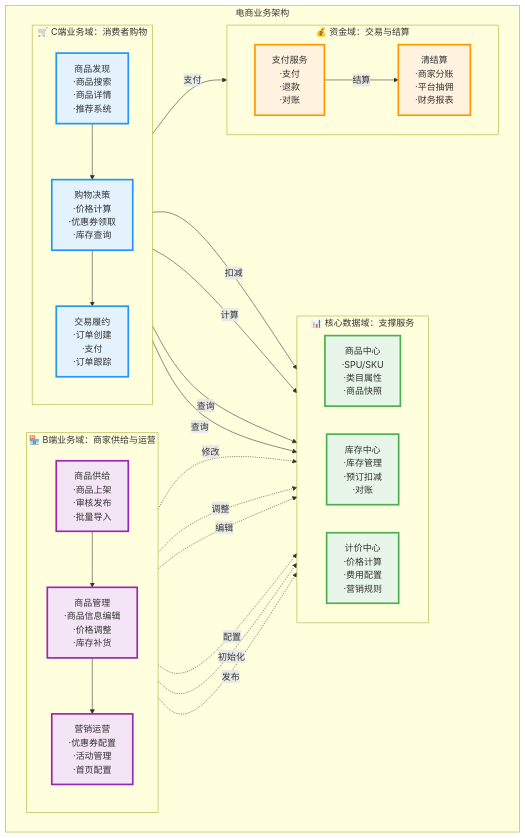
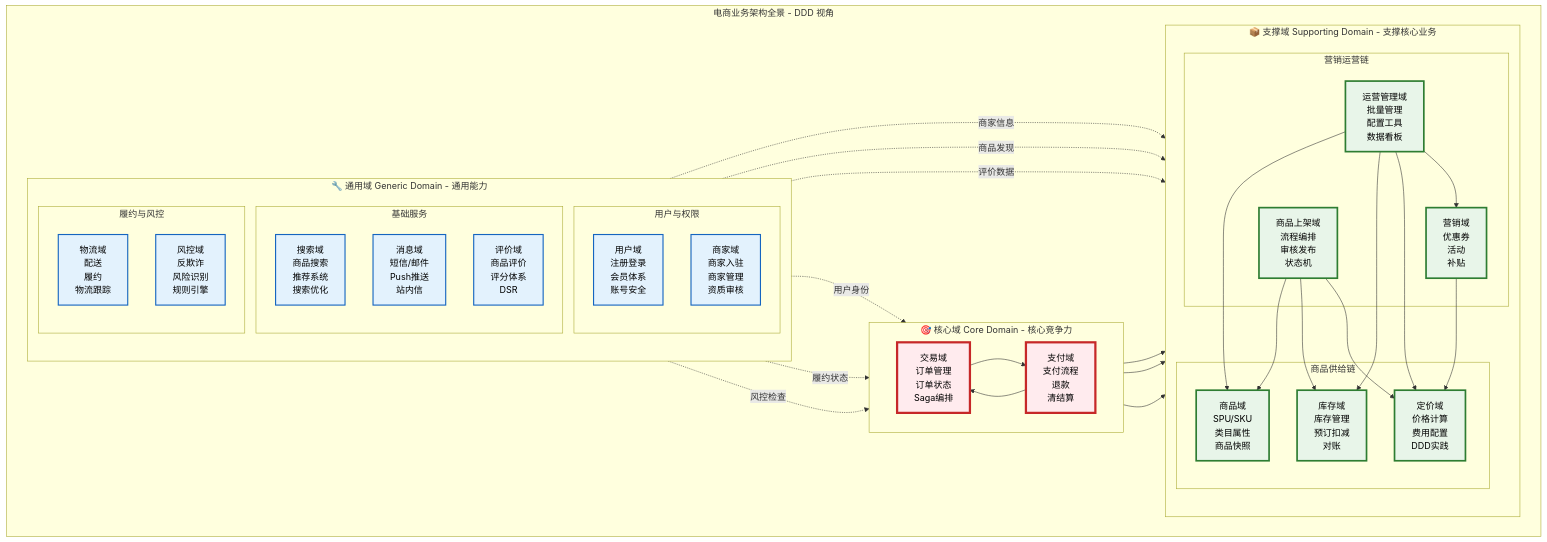
The first of 6 diagrams in source/_posts/system-design/20-ecommerce-overview.md (wxquare/wxquare.github.io), drawn with Mermaid before and after one commit. The commit also changed other lines of this file, not shown here.

Commit message:
feat: 采用DDD三层领域模型完善业务架构全景
按照领域驱动设计（DDD）的核心域、支撑域、通用域三层结构重构业务架构：

1. 明确DDD领域划分
   - 🎯 核心域（Core Domain）：交易域、支付域
     * 平台核心竞争力，决定成败
     * 重点投入，自研

   - 📦 支撑域（Supporting Domain）：
     * 商品域、库存域、定价域、营销域
     * 商品上架域、运营管理域
     * 支撑核心业务，必须有但非差异化
     * 适度投入，可定制

   - 🔧 通用域（Generic Domain）：
     * 用户域、商家域、搜索域、消息域
     * 评价域、物流域、风控域
     * 通用基础能力，行业共性
     * 最小投入，采购或开源

2. 完整领域能力图谱
   - 核心域：2个子域（订单、支付）- 本系列详述 ✅
   - 支撑域：6个子域（商品、库存、定价、营销、上架、运营）- 本系列详述 ✅
   - 通用域：7个子域（用户、商家、搜索、消息、评价、物流、风控）- 未详述 ❌

3. DDD领域划分说明表
   - 定义、业务价值、投资策略、本系列覆盖情况

4. 本系列聚焦策略说明
   - 解释为什么只详述核心域和支撑域
   - 原因：面试高频、技术深度、差异化设计
   - 通用域已有成熟方案（SSO、ES、Kafka）无需详述

5. 业务架构图增强
   - 清晰的三层结构可视化
   - 核心域→支撑域→通用域的依赖关系
   - 不同颜色区分域的重要性（红色核心域、绿色支撑域、蓝色通用域）

价值：
- 回答"业务域是DDD概念吗"的问题 - 是的
- 回答"是否还不够"的问题 - 补充了完整的13个子域
- 展示完整电商系统的领域全景
- 明确本系列的聚焦策略和原因
- 符合DDD最佳实践，提升架构专业性

````diff
--- a/source/_posts/system-design/20-ecommerce-overview.md
+++ b/source/_posts/system-design/20-ecommerce-overview.md
@@ -45,63 +45,81 @@
 ```mermaid
 graph TB
-    subgraph 电商业务架构
-        subgraph C端业务域[🛒 C端业务域：消费者购物]
-            direction TB
-            C1[商品发现<br/>·商品搜索<br/>·商品详情<br/>·推荐系统]
-            C2[购物决策<br/>·价格计算<br/>·优惠券领取<br/>·库存查询]
-            C3[交易履约<br/>·订单创建<br/>·支付<br/>·订单跟踪]
+    subgraph 电商业务架构全景[电商业务架构全景 - DDD 视角]
+        subgraph 核心域[🎯 核心域 Core Domain - 核心竞争力]
+            direction LR
+            CORE1[交易域<br/>订单管理<br/>订单状态<br/>Saga编排]
+            CORE2[支付域<br/>支付流程<br/>退款<br/>清结算]
             
-            C1 --> C2 --> C3
+            CORE1 --> CORE2
         end
         
-        subgraph B端业务域[🏪 B端业务域：商家供给与运营]
+        subgraph 支撑域[📦 支撑域 Supporting Domain - 支撑核心业务]
             direction TB
-            B1[商品供给<br/>·商品上架<br/>·审核发布<br/>·批量导入]
-            B2[商品管理<br/>·商品信息编辑<br/>·价格调整<br/>·库存补货]
-            B3[营销运营<br/>·优惠券配置<br/>·活动管理<br/>·首页配置]
             
-            B1 --> B2
-            B2 --> B3
+            subgraph 商品供给链
+                SUP1[商品域<br/>SPU/SKU<br/>类目属性<br/>商品快照]
+                SUP2[库存域<br/>库存管理<br/>预订扣减<br/>对账]
+                SUP3[定价域<br/>价格计算<br/>费用配置<br/>DDD实践]
+            end
+            
+            subgraph 营销运营链
+                SUP4[营销域<br/>优惠券<br/>活动<br/>补贴]
+                SUP5[商品上架域<br/>流程编排<br/>审核发布<br/>状态机]
+                SUP6[运营管理域<br/>批量管理<br/>配置工具<br/>数据看板]
+            end
         end
         
-        subgraph 核心数据域[📊 核心数据域：支撑服务]
-            direction LR
-            D1[商品中心<br/>·SPU/SKU<br/>·类目属性<br/>·商品快照]
-            D2[库存中心<br/>·库存管理<br/>·预订扣减<br/>·对账]
-            D3[计价中心<br/>·价格计算<br/>·费用配置<br/>·营销规则]
-        end
-        
-        subgraph 资金域[💰 资金域：交易与结算]
-            direction LR
-            F1[支付服务<br/>·支付<br/>·退款<br/>·对账]
-            F2[清结算<br/>·商家分账<br/>·平台抽佣<br/>·财务报表]
+        subgraph 通用域[🔧 通用域 Generic Domain - 通用能力]
+            direction TB
+            
+            subgraph 用户与权限
+                GEN1[用户域<br/>注册登录<br/>会员体系<br/>账号安全]
+                GEN2[商家域<br/>商家入驻<br/>商家管理<br/>资质审核]
+            end
+            
+            subgraph 基础服务
+                GEN3[搜索域<br/>商品搜索<br/>推荐系统<br/>搜索优化]
+                GEN4[消息域<br/>短信/邮件<br/>Push推送<br/>站内信]
+                GEN5[评价域<br/>商品评价<br/>评分体系<br/>DSR]
+            end
+            
+            subgraph 履约与风控
+                GEN6[物流域<br/>配送<br/>履约<br/>物流跟踪]
+                GEN7[风控域<br/>反欺诈<br/>风险识别<br/>规则引擎]
+            end
         end
     end
     
-    %% 业务流程关系
-    B1 -.->|发布| D1
-    B1 -.->|初始化| D2
-    B1 -.->|配置| D3
+    %% 核心域依赖支撑域
+    CORE1 --> SUP1
+    CORE1 --> SUP2
+    CORE1 --> SUP3
+    CORE2 --> CORE1
     
-    B2 -.->|编辑| D1
-    B2 -.->|调整| D2
-    B2 -.->|修改| D3
+    %% 支撑域之间的关系
+    SUP5 --> SUP1
+    SUP5 --> SUP2
+    SUP5 --> SUP3
+    SUP6 --> SUP1
+    SUP6 --> SUP2
+    SUP6 --> SUP3
+    SUP6 --> SUP4
+    SUP4 --> SUP3
     
-    C1 -->|查询| D1
-    C2 -->|查询| D2
-    C2 -->|计算| D3
-    C3 -->|扣减| D2
-    C3 -->|支付| F1
-    F1 -->|结算| F2
+    %% 通用域支撑所有域
+    GEN1 -.->|用户身份| CORE1
+    GEN2 -.->|商家信息| SUP5
+    GEN3 -.->|商品发现| SUP1
+    GEN5 -.->|评价数据| SUP1
+    GEN6 -.->|履约状态| CORE1
+    GEN7 -.->|风控检查| CORE1
     
     %% 样式
-    classDef cDomain fill:#e3f2fd,stroke:#2196f3,stroke-width:3px
-    classDef bDomain fill:#f3e5f5,stroke:#9c27b0,stroke-width:3px
-    classDef dataDomain fill:#e8f5e9,stroke:#4caf50,stroke-width:3px
-    classDef moneyDomain fill:#fff3e0,stroke:#ff9800,stroke-width:3px
+    classDef coreDomain fill:#ffebee,stroke:#c62828,stroke-width:4px,color:#000
+    classDef supportDomain fill:#e8f5e9,stroke:#2e7d32,stroke-width:3px,color:#000
+    classDef genericDomain fill:#e3f2fd,stroke:#1565c0,stroke-width:2px,color:#000
     
-    class C1,C2,C3 cDomain
-    class B1,B2,B3 bDomain
-    class D1,D2,D3 dataDomain
-    class F1,F2 moneyDomain
+    class CORE1,CORE2 coreDomain
+    class SUP1,SUP2,SUP3,SUP4,SUP5,SUP6 supportDomain
+    class GEN1,GEN2,GEN3,GEN4,GEN5,GEN6,GEN7 genericDomain
 ```
````
